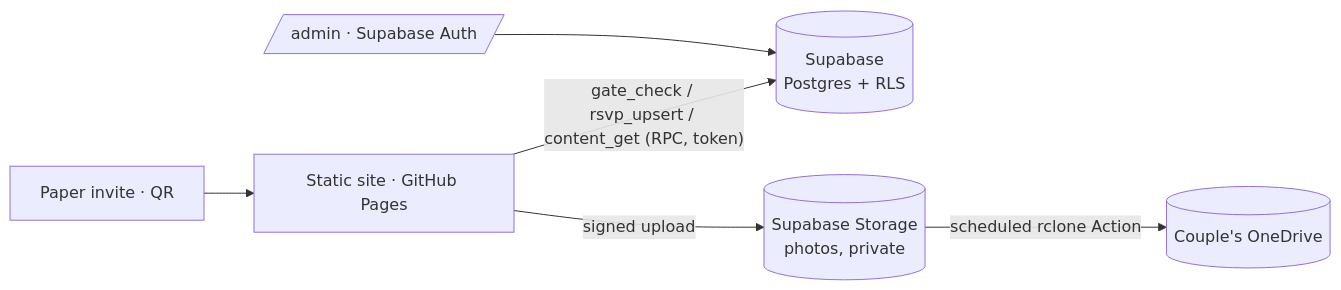
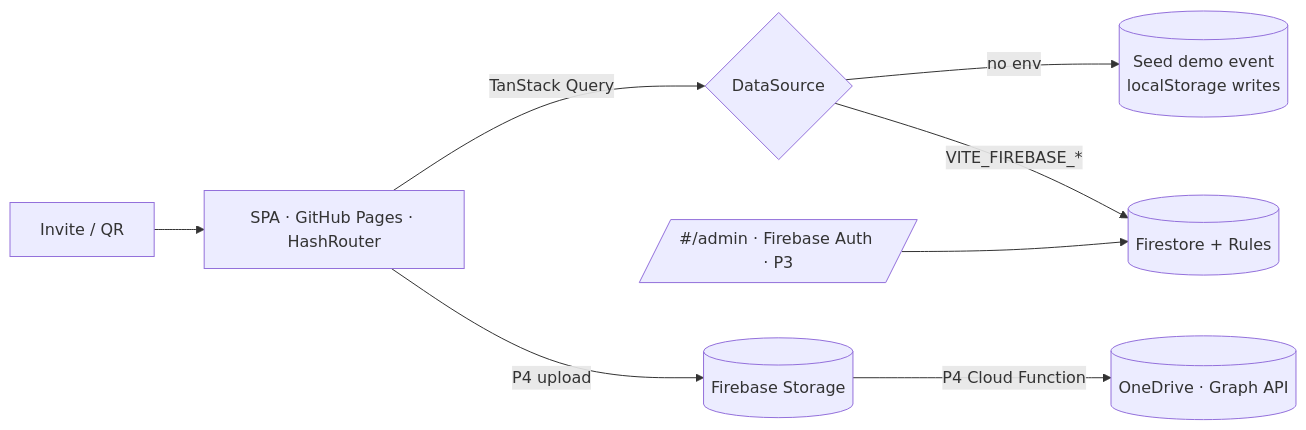
Before and after one commit to 0-uddeshya-0/Vow: the diagram in README.md, drawn with Mermaid. The commit also changed other lines of this file and 70 other files, not shown here.

````diff
--- a/README.md
+++ b/README.md
@@ -39,8 +53,10 @@
 ```mermaid
 flowchart LR
-  QR[Paper invite · QR] --> Site[Static site · GitHub Pages]
-  Site -- "gate_check / rsvp_upsert / content_get (RPC, token)" --> SB[(Supabase\nPostgres + RLS)]
-  Site -- signed upload --> ST[(Supabase Storage\nphotos, private)]
-  ST -- scheduled rclone Action --> OD[(Couple's OneDrive)]
-  Admin[/admin · Supabase Auth/] --> SB
+  QR[Invite / QR] --> Site[SPA · GitHub Pages · HashRouter]
+  Site -- TanStack Query --> DS{DataSource}
+  DS -- no env --> Seed[(Seed demo event\nlocalStorage writes)]
+  DS -- VITE_FIREBASE_* --> FS[(Firestore + Rules)]
+  Site -- P4 upload --> ST[(Firebase Storage)]
+  ST -- P4 Cloud Function --> OD[(OneDrive · Graph API)]
+  Admin[/#/admin · Firebase Auth · P3/] --> FS
 ```
````
